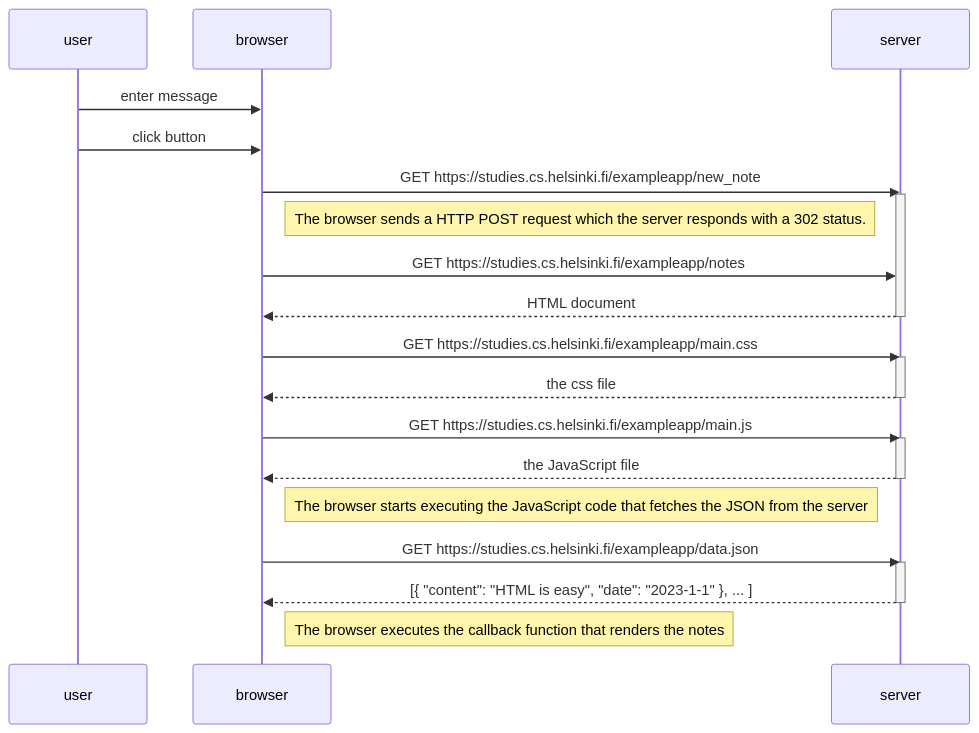
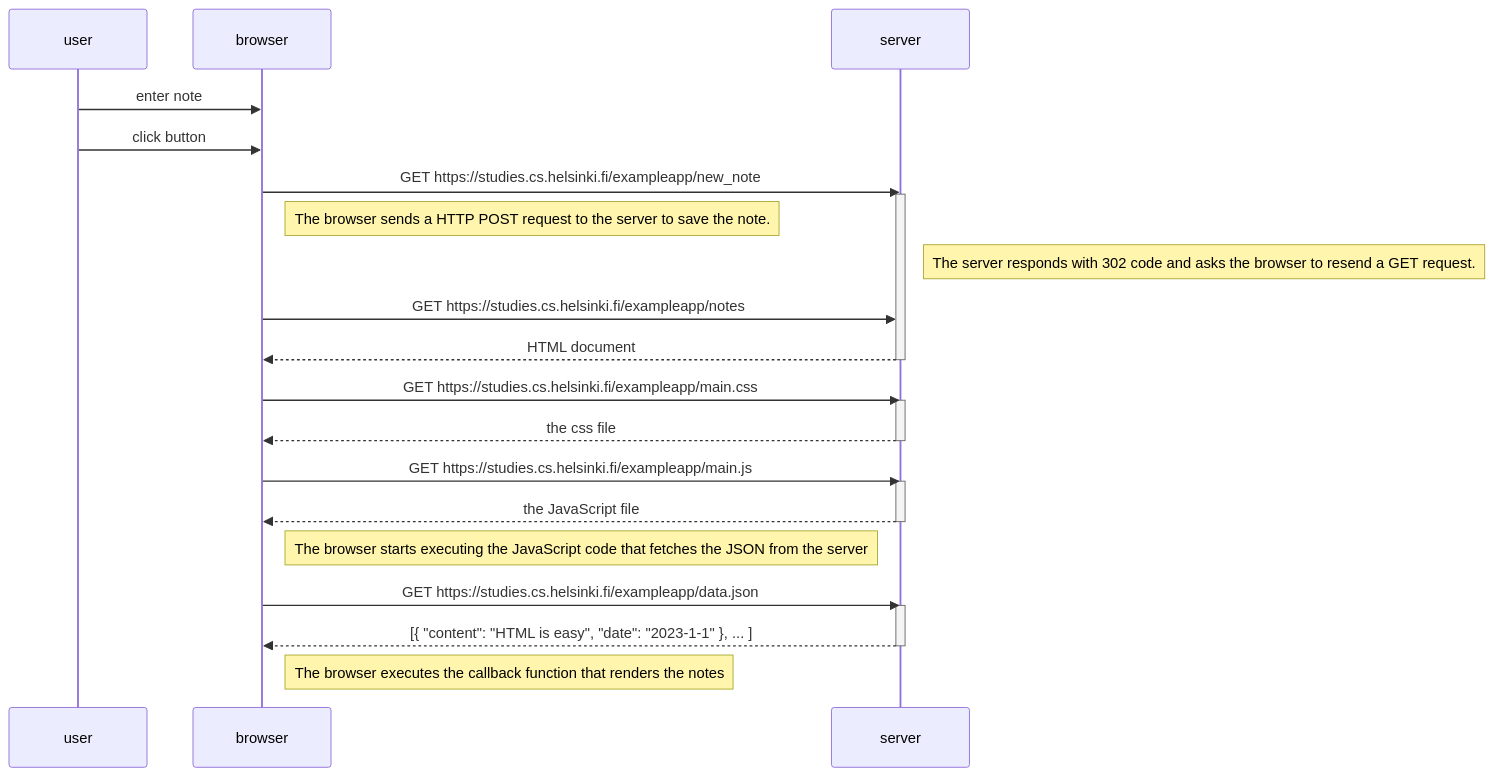
One commit to tam-nguyen-3/fullstackopen-2023 changed the diagram in part0/exercise4.md. Above: the diagram before and after it, drawn with Mermaid.

````diff
--- a/part0/exercise4.md
+++ b/part0/exercise4.md
@@ -1,36 +1,37 @@
 ```mermaid
 sequenceDiagram
     participant user
     participant browser
     participant server
     
-    user->>browser: enter message
+    user->>browser: enter note
     user->>browser: click button
     browser->>server: GET https://studies.cs.helsinki.fi/exampleapp/new_note
     activate server
     
-    Note right of browser: The browser sends a HTTP POST request which the server responds with a 302 status.
+    Note right of browser: The browser sends a HTTP POST request to the server to save the note.
+    Note right of server: The server responds with 302 code and asks the browser to resend a GET request.
     
     browser->>server: GET https://studies.cs.helsinki.fi/exampleapp/notes
     server-->>browser: HTML document
     deactivate server
     
     browser->>server: GET https://studies.cs.helsinki.fi/exampleapp/main.css
     activate server
     server-->>browser: the css file
     deactivate server
 
     browser->>server: GET https://studies.cs.helsinki.fi/exampleapp/main.js
     activate server
     server-->>browser: the JavaScript file
     deactivate server
 
     Note right of browser: The browser starts executing the JavaScript code that fetches the JSON from the server
 
     browser->>server: GET https://studies.cs.helsinki.fi/exampleapp/data.json
     activate server
     server-->>browser: [{ "content": "HTML is easy", "date": "2023-1-1" }, ... ]
     deactivate server
 
     Note right of browser: The browser executes the callback function that renders the notes
 ```
````
